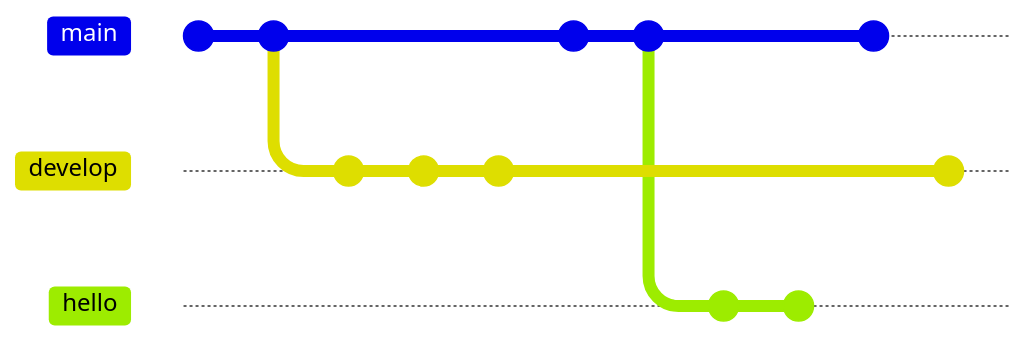
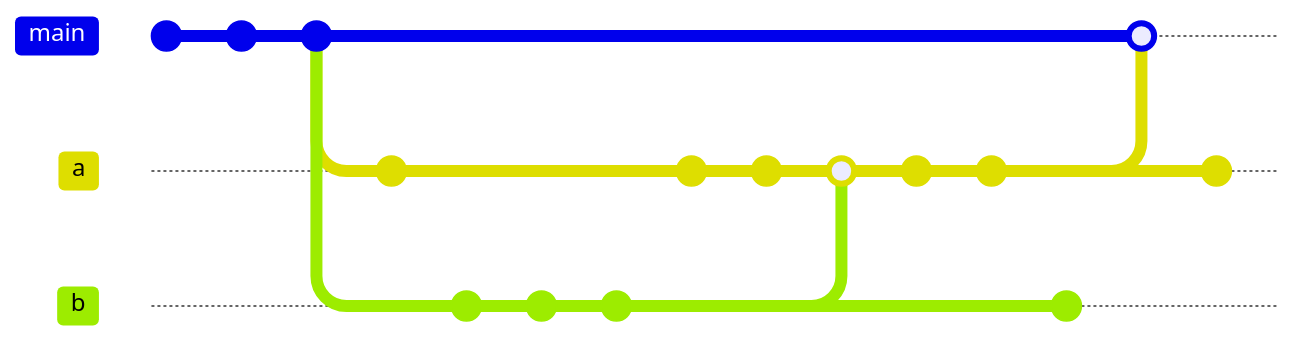
Before and after one commit to HongShiyuan2020/note: the fifth of 8 diagrams in 标记语言/Mermaid.md, drawn with Mermaid. The commit also changed 60 other files, not shown here. Commit ids are hidden.

````diff
--- a/标记语言/Mermaid.md
+++ b/标记语言/Mermaid.md
@@ -63,20 +63,25 @@
 ```mermaid
     gitGraph
-       commit
-       commit
-       branch develop
-       commit
-       commit
-       commit
-       checkout main
-       commit
-       commit
-       branch hello
-       commit
-       commit
-       checkout main
-       commit
-       checkout develop
-       commit
-       
+		commit
+		commit
+		commit 
+		branch a
+		commit
+		checkout main
+		branch b
+		commit
+		commit 
+		commit
+		checkout a
+		commit 
+		commit 
+		merge b
+		commit
+		commit
+		checkout b
+		commit
+		checkout main
+		merge a
+		checkout a
+		commit
 ```
````
